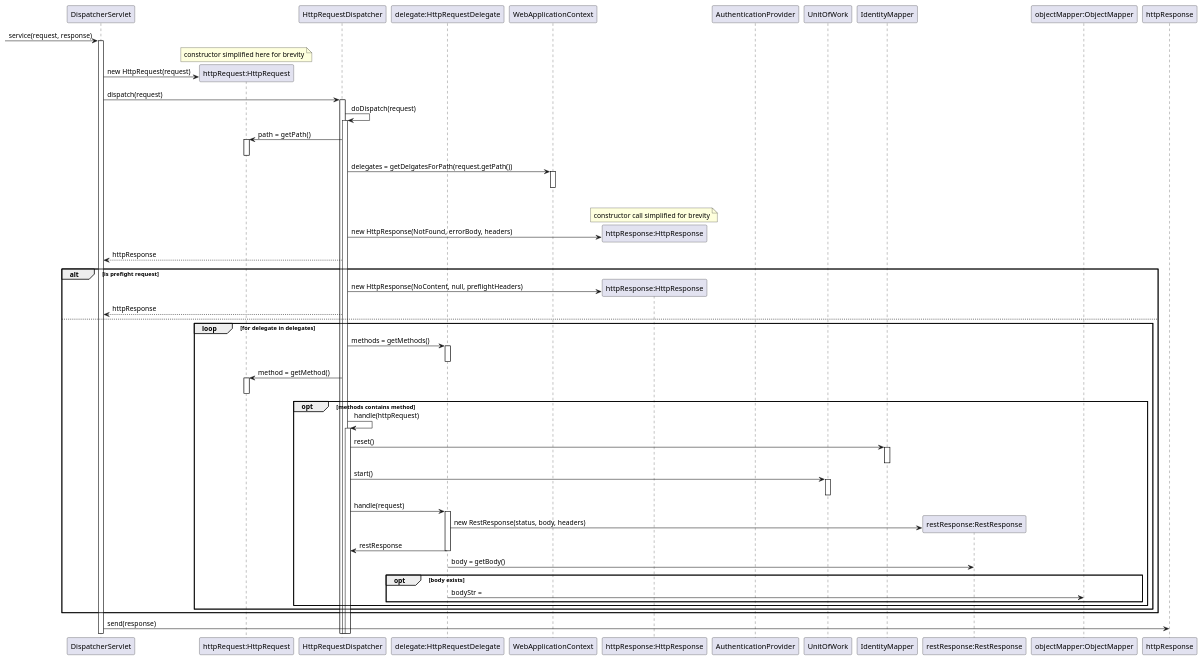
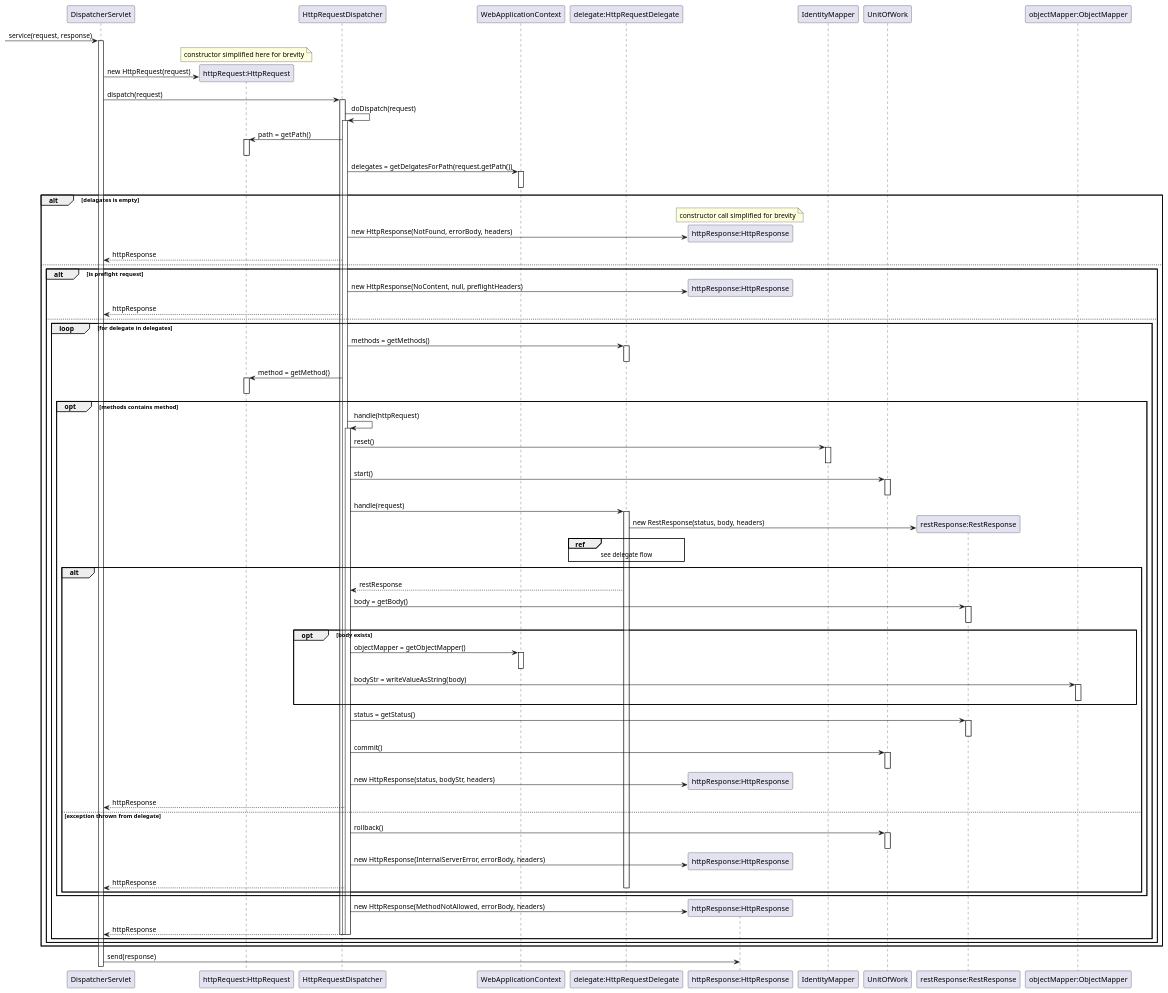
Before and after one commit to SWEN900072021/2Pizzas: the diagram in docs/diagrams/patterns/front-controller.puml, drawn with PlantUML. The commit also changed 9 other files, not shown here.

```diff
--- a/docs/diagrams/patterns/front-controller.puml
+++ b/docs/diagrams/patterns/front-controller.puml
@@ -1,72 +1,96 @@
-@startuml
+@startuml front controller
 
 participant "DispatcherServlet" as diss
 participant "httpRequest:HttpRequest" as req
 participant "HttpRequestDispatcher" as dispatcher
+participant "WebApplicationContext" as webCtx
 participant "delegate:HttpRequestDelegate" as delegate
-participant "WebApplicationContext" as webCtx
 participant "httpResponse:HttpResponse" as res
-participant "AuthenticationProvider" as auth
+participant "IdentityMapper" as imap
 participant "UnitOfWork" as uow
-participant "IdentityMapper" as imap
 participant "restResponse:RestResponse" as restres
 participant "objectMapper:ObjectMapper" as objmap
-
 
 [-> diss: service(request, response)
 activate diss
 note over req: constructor simplified here for brevity
 diss -> req **: new HttpRequest(request)
 diss -> dispatcher: dispatch(request)
 activate dispatcher
 dispatcher -> dispatcher: doDispatch(request)
 activate dispatcher
 dispatcher -> req: path =  getPath()
 activate req
-deactivate req 
+deactivate req
 dispatcher -> webCtx: delegates = getDelgatesForPath(request.getPath())
 activate webCtx
 deactivate webCtx
 alt delagates is empty
   note over res: constructor call simplified for brevity
   dispatcher -> res **: new HttpResponse(NotFound, errorBody, headers)
   dispatcher --> diss: httpResponse
 else
   alt is prefight request
     dispatcher -> res **: new HttpResponse(NoContent, null, preflightHeaders)
     dispatcher --> diss: httpResponse
   else
     loop for delegate in delegates
       dispatcher -> delegate: methods = getMethods()
       activate delegate
       deactivate delegate
       dispatcher -> req: method = getMethod()
       activate req
       deactivate req
       opt methods contains method
         dispatcher -> dispatcher: handle(httpRequest)
         activate dispatcher
         dispatcher -> imap: reset()
         activate imap
         deactivate imap
-        dispatcher -> uow: start() 
+        dispatcher -> uow: start()
         activate uow
         deactivate uow
         dispatcher -> delegate: handle(request)
         activate delegate
         delegate -> restres **: new RestResponse(status, body, headers)
-        delegate -> dispatcher: restResponse
-        deactivate delegate
-        delegate -> restres: body = getBody()
-        opt body exists
-        delegate -> objmap: bodyStr = 
-
+        ref over delegate: see delegate flow
+        alt
+          delegate --> dispatcher: restResponse
+          dispatcher -> restres: body = getBody()
+          activate restres
+          deactivate restres
+          opt body exists
+            dispatcher -> webCtx: objectMapper = getObjectMapper()
+            activate webCtx
+            deactivate webCtx
+            dispatcher -> objmap: bodyStr = writeValueAsString(body)
+            activate objmap
+            deactivate objmap
+          end
+          dispatcher -> restres: status = getStatus()
+          activate restres
+          deactivate restres
+          dispatcher -> uow: commit()
+          activate uow
+          deactivate uow
+          dispatcher -> res **: new HttpResponse(status, bodyStr, headers)
+          dispatcher --> diss: httpResponse
+        else exception thrown from delegate
+          dispatcher -> uow: rollback()
+          activate uow
+          deactivate uow
+          dispatcher -> res **: new HttpResponse(InternalServerError, errorBody, headers)
+          dispatcher --> diss: httpResponse
+          deactivate delegate
+        end
       end
+      dispatcher -> res **: new HttpResponse(MethodNotAllowed, errorBody, headers)
+      dispatcher --> diss: httpResponse
+      deactivate dispatcher
+      deactivate dispatcher
+      deactivate dispatcher
     end
   end
 end
-
-
-
-diss -> httpResponse: send(response)
+diss -> res: send(response)
 @enduml
```
